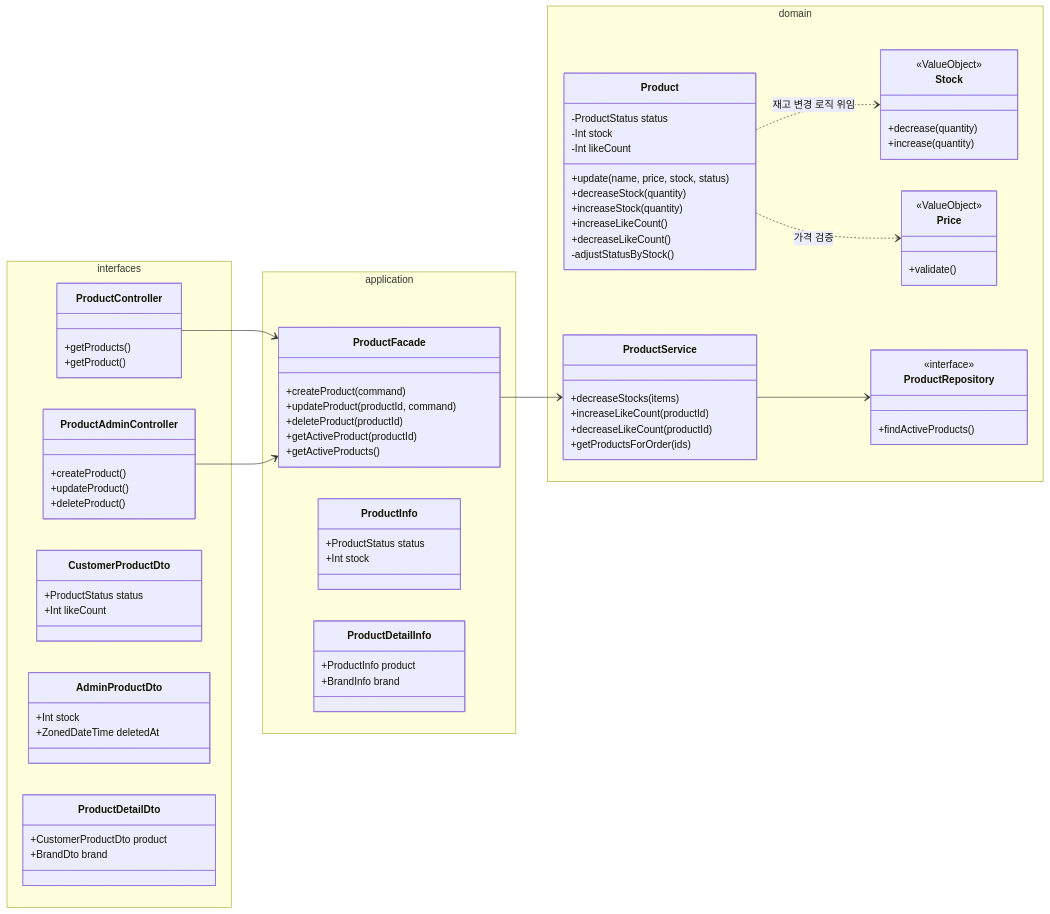
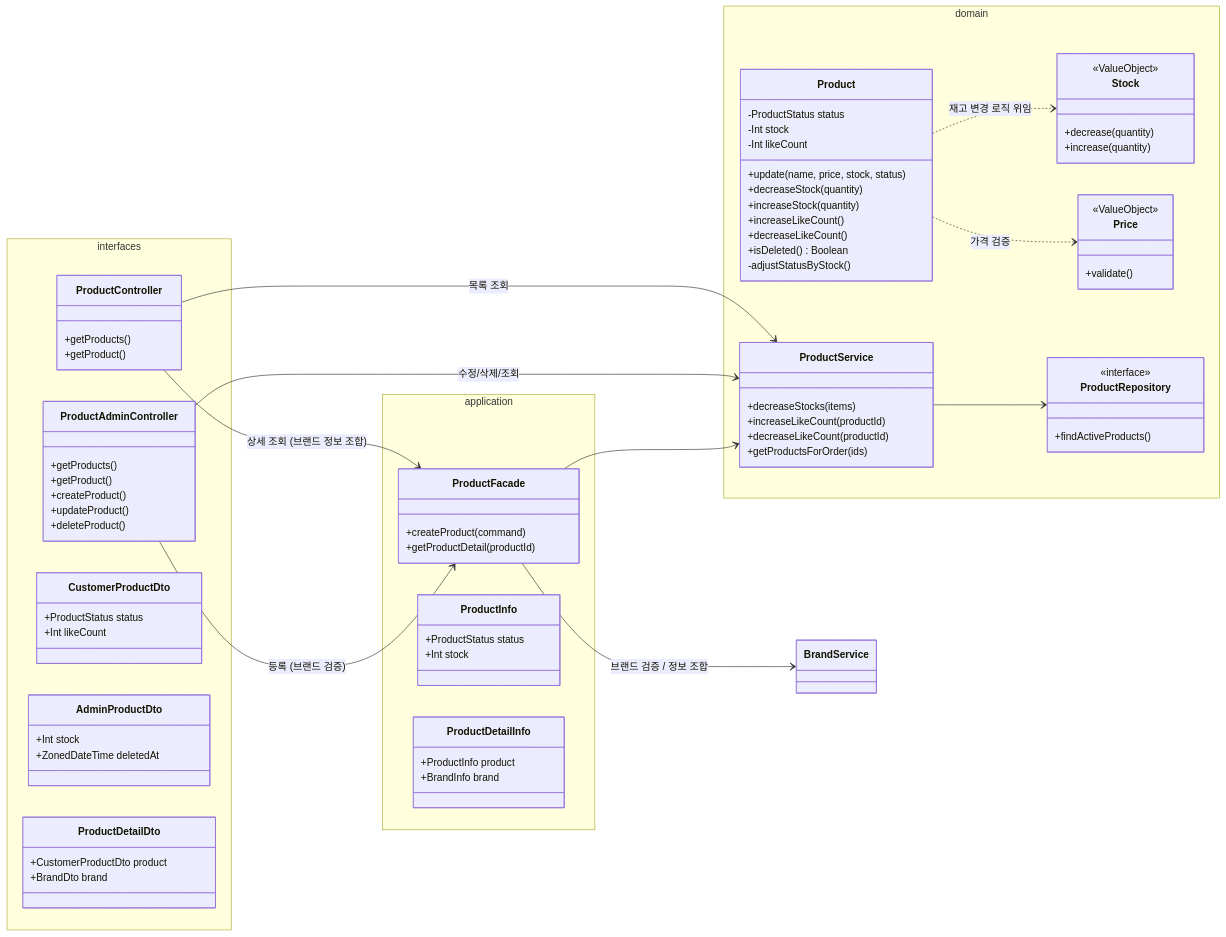
Before and after one commit to Loopers-dev-lab/loop-pack-be-l2-vol3-kotlin: the third of 7 diagrams in docs/design-v2/03-class-diagram-v2.md, drawn with Mermaid. The commit also changed other lines of this file and 6 other files, not shown here.

First line of the commit message:
docs: v2 설계 문서 2차 리뷰 반영 — 6건 이슈 해소, 플로우차트·마인드맵 추가

```diff
--- a/docs/design-v2/03-class-diagram-v2.md
+++ b/docs/design-v2/03-class-diagram-v2.md
@@ -191,6 +189,8 @@
             +getProduct()
         }
         class ProductAdminController {
+            +getProducts()
+            +getProduct()
             +createProduct()
             +updateProduct()
             +deleteProduct()
@@ -212,10 +212,7 @@
     namespace application {
         class ProductFacade {
             +createProduct(command)
-            +updateProduct(productId, command)
-            +deleteProduct(productId)
-            +getActiveProduct(productId)
-            +getActiveProducts()
+            +getProductDetail(productId)
         }
         class ProductInfo {
             +ProductStatus status
@@ -237,6 +234,7 @@
             +increaseStock(quantity)
             +increaseLikeCount()
             +decreaseLikeCount()
+            +isDeleted() Boolean
             -adjustStatusByStock()
         }
         class Stock {
@@ -260,9 +258,12 @@
         }
     }
 
-    ProductController --> ProductFacade
-    ProductAdminController --> ProductFacade
+    ProductController --> ProductService: 목록 조회
+    ProductController --> ProductFacade: 상세 조회 (브랜드 정보 조합)
+    ProductAdminController --> ProductFacade: 등록 (브랜드 검증)
+    ProductAdminController --> ProductService: 수정/삭제/조회
     ProductFacade --> ProductService
+    ProductFacade --> BrandService: 브랜드 검증 / 정보 조합
     ProductService --> ProductRepository
     Product ..> Stock: 재고 변경 로직 위임
     Product ..> Price: 가격 검증
```
